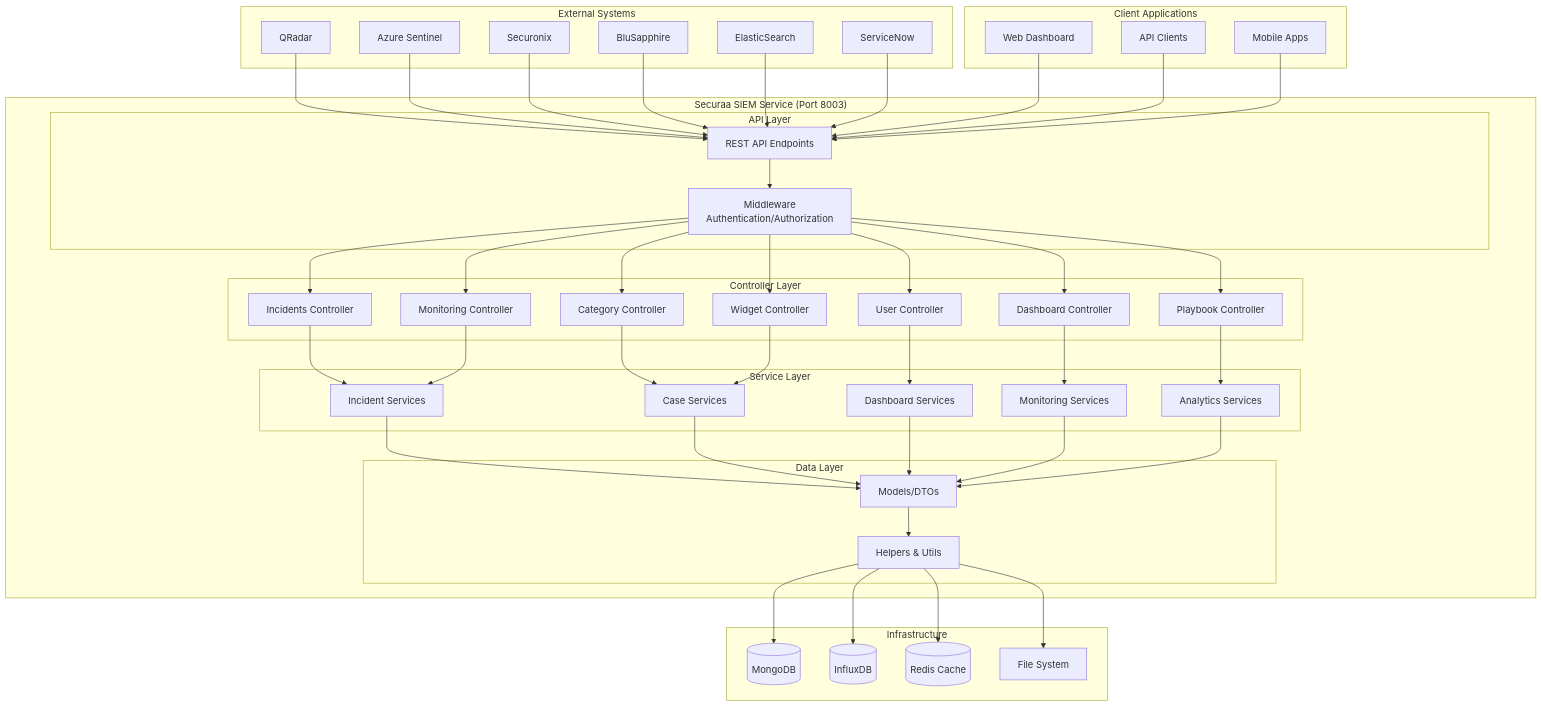
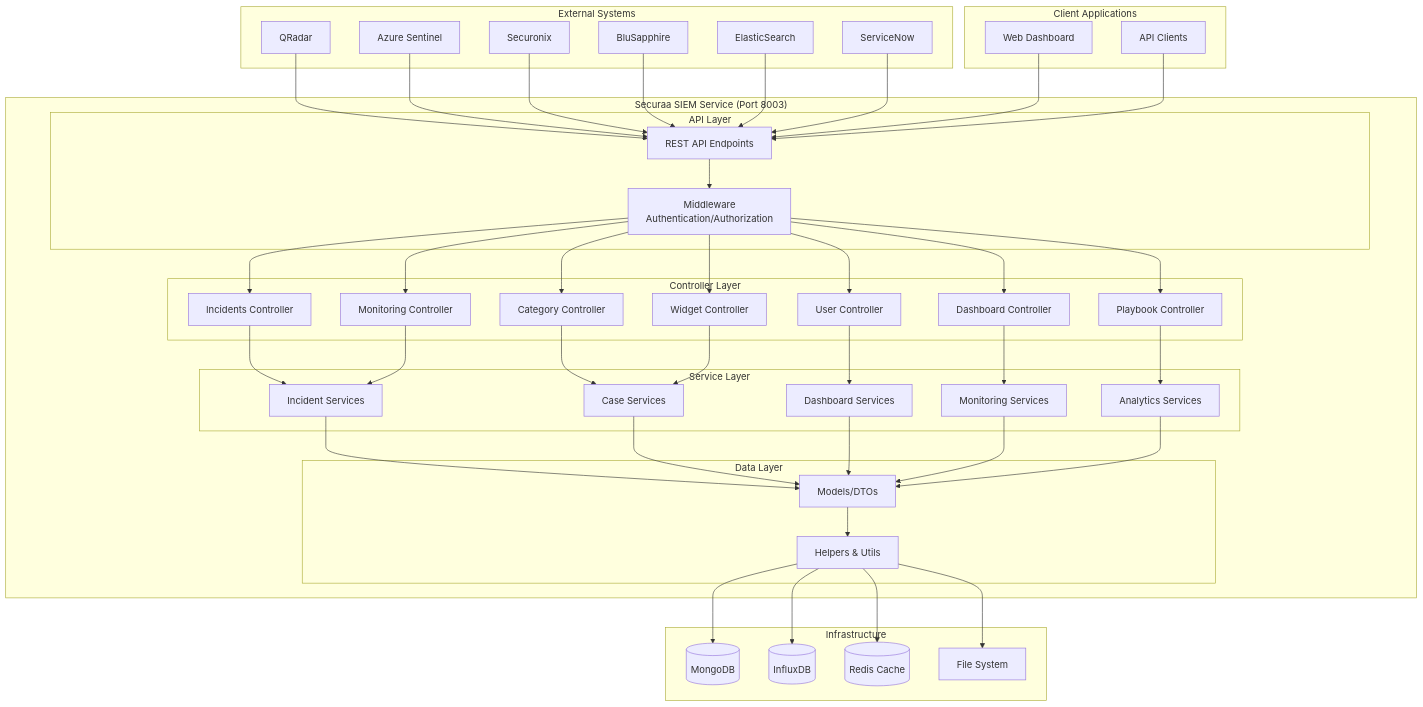
The first of 10 diagrams in securaa-siem-high-level-design.md (Vishwa0220/securaa-internal-documents), drawn with Mermaid before and after one commit. The commit also changed other lines of this file and 3 other files, not shown here.

```diff
--- a/securaa-siem-high-level-design.md
+++ b/securaa-siem-high-level-design.md
@@ -53,7 +53,6 @@
     subgraph "Client Applications"
         WEB[Web Dashboard]
         API_CLIENT[API Clients]
-        MOBILE[Mobile Apps]
     end
     EXT1 --> API
     EXT2 --> API
@@ -63,7 +62,6 @@
     EXT6 --> API
     WEB --> API
     API_CLIENT --> API
-    MOBILE --> API
     API --> MW
     MW --> IC
     MW --> CC
```
